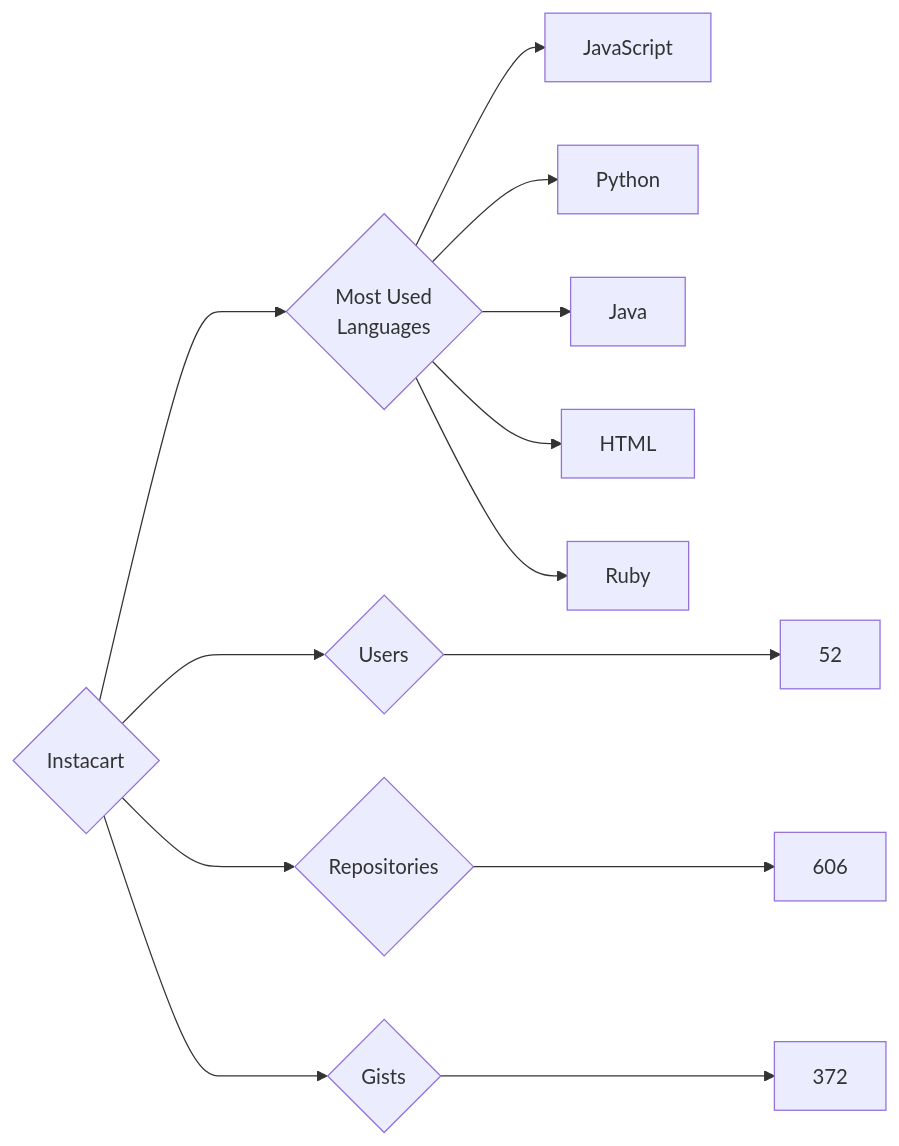
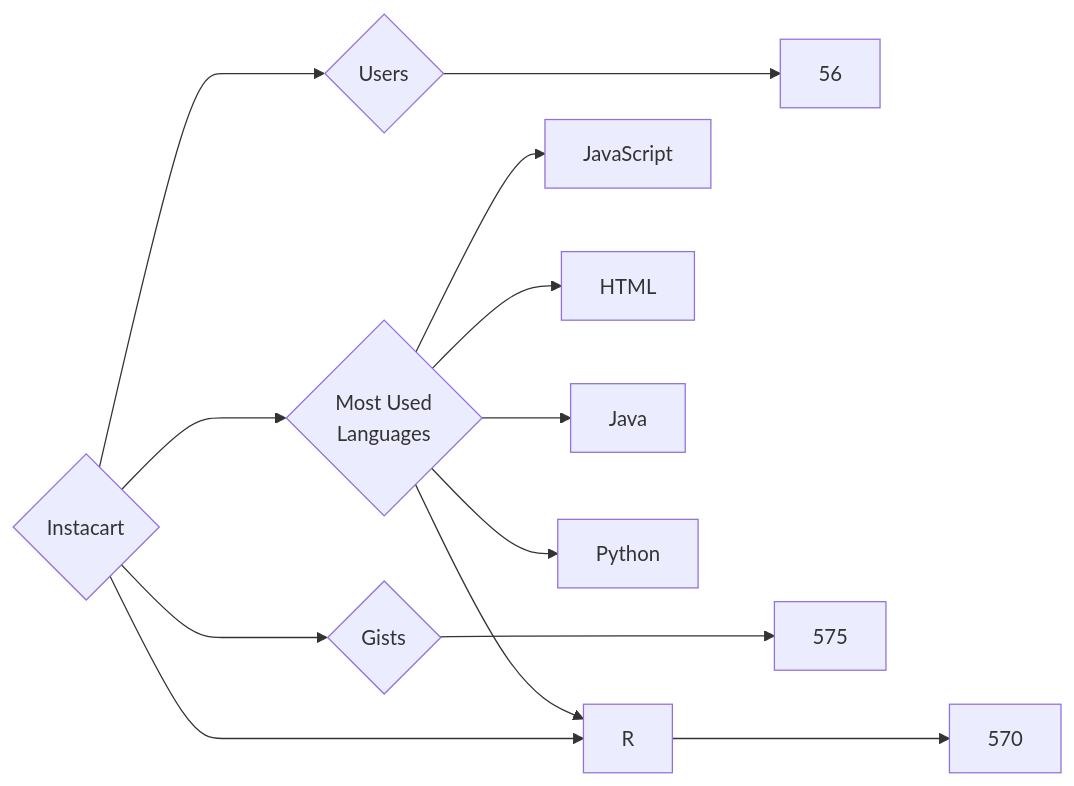
The diagram in targets/Instacart/README.md (trickest/insiders), drawn with Mermaid before and after one commit. The commit also changed 894 other files, not shown here.

````diff
--- a/targets/Instacart/README.md
+++ b/targets/Instacart/README.md
@@ -3,13 +3,13 @@
 ```mermaid
 graph LR
 COMPANY_NAME{Instacart}
-COMPANY_NAME ---> U{Users} ---> UN[52]
-COMPANY_NAME ---> R{Repositories} ---> RN[606]
-COMPANY_NAME ---> G{Gists} ---> GN[372]
+COMPANY_NAME ---> U{Users} ---> UN[56]
+COMPANY_NAME ---> R{Repositories} ---> RN[570]
+COMPANY_NAME ---> G{Gists} ---> GN[575]
 COMPANY_NAME ---> ML{Most Used<br>Languages}
 ML --> JavaScript[JavaScript]
+ML --> HTML[HTML]
+ML --> Java[Java]
 ML --> Python[Python]
-ML --> Java[Java]
-ML --> HTML[HTML]
-ML --> Ruby[Ruby]
+ML --> R[R]
 ```
````
